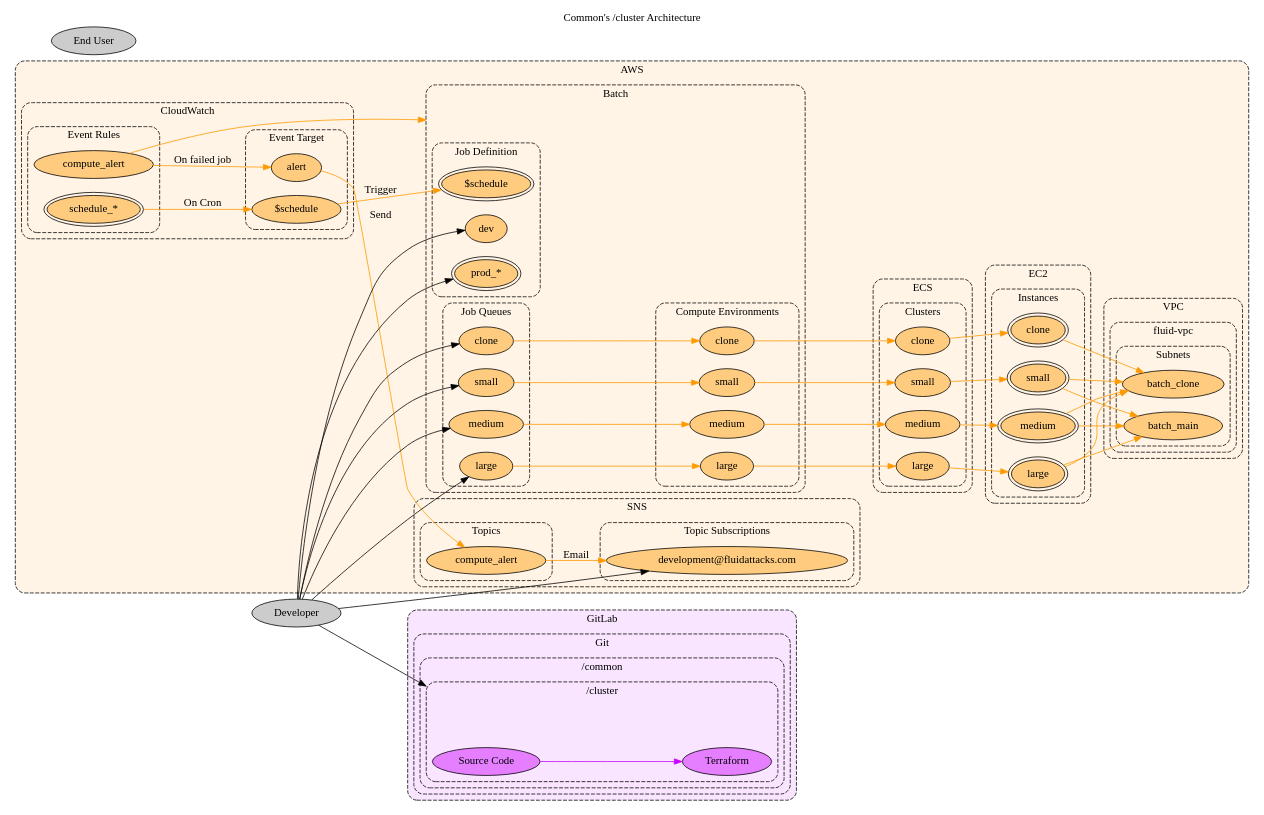
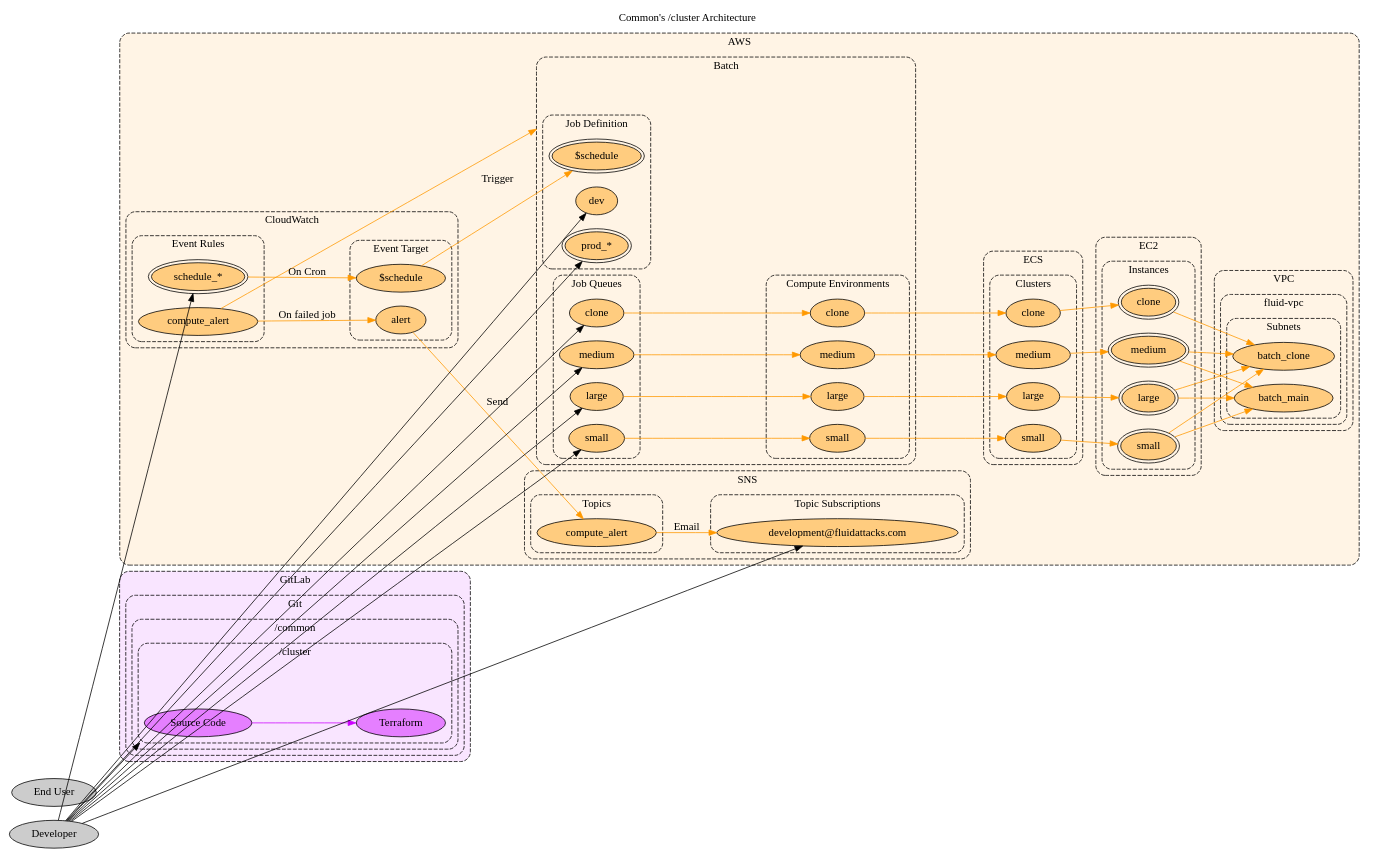
Before and after one commit to jeanbaptistemora/fluidattacks-universe2: the diagram in docs/src/docs/development/products/common/compute-arch.dot, drawn with Graphviz. The commit also changed 3 other files, not shown here.

```diff
--- a/docs/src/docs/development/products/common/compute-arch.dot
+++ b/docs/src/docs/development/products/common/compute-arch.dot
@@ -8,6 +8,7 @@
   compound="true"
   rankdir="LR"
   scale="scalexy"
+  splines="line"
 
   node[style="filled"]
   graph[style="dashed,rounded"]
@@ -192,10 +193,11 @@
   edge[color="0.0 0.0 0.0"]
   developer -> aws_batch_job_definition_dev[]
   developer -> aws_batch_job_definition_prod[]
-  developer -> aws_sns_topic_subscription_compute_alert[]
   developer -> aws_batch_job_queues_clone[]
   developer -> aws_batch_job_queues_small[]
   developer -> aws_batch_job_queues_medium[]
   developer -> aws_batch_job_queues_large[]
+  developer -> aws_cloudwatch_event_rules_schedule[]
+  developer -> aws_sns_topic_subscription_compute_alert[]
   developer -> cluster_gitlab_git_common_compute[lhead="cluster_gitlab_git_common_compute"]
 }
```
